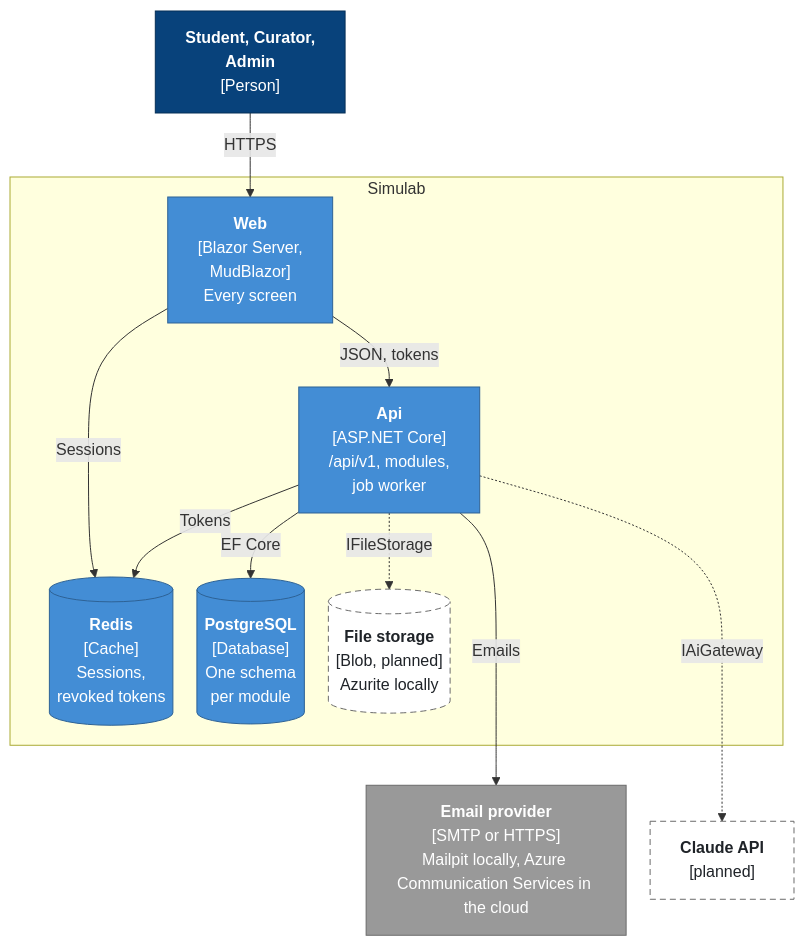
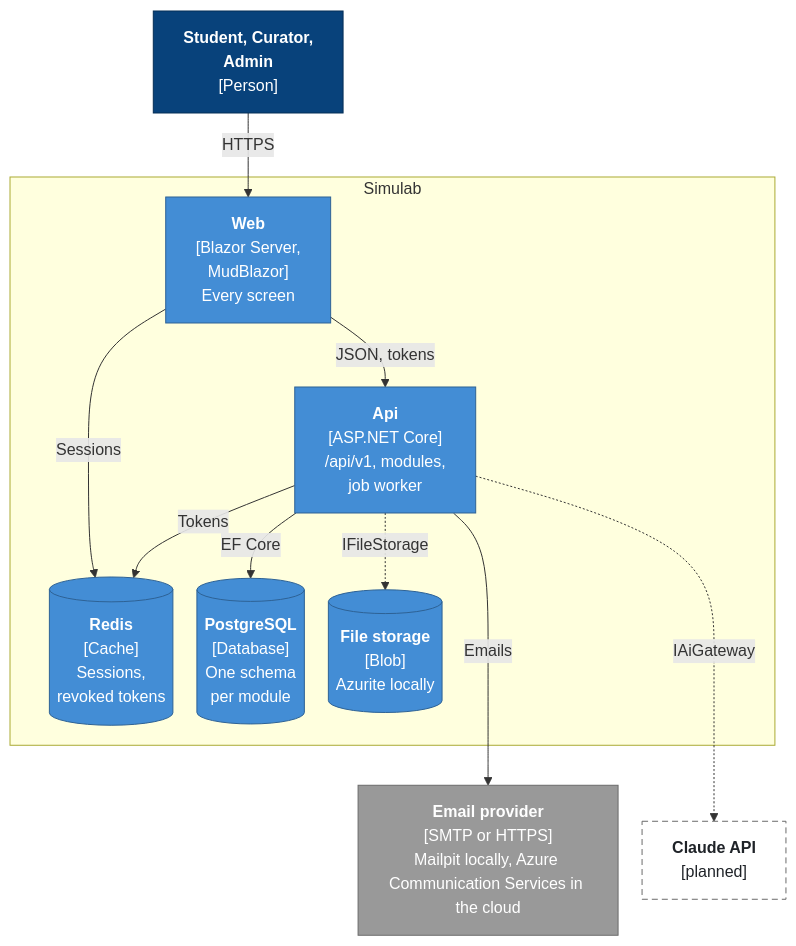
The second of 2 diagrams in docs/architecture-overview.md (alexcanario/simulab), drawn with Mermaid before and after one commit. The commit also changed other lines of this file and 17 other files, not shown here.

Commit message:
feat(F-89): the storage block, Azurite in the app host and a storage account in the cloud

````diff
--- a/docs/architecture-overview.md
+++ b/docs/architecture-overview.md
@@ -42,30 +42,30 @@
 ```mermaid
 %%{init: {"flowchart": {"nodeSpacing": 24, "rankSpacing": 40}}}%%
 flowchart TB
     people["<b>Student, Curator,<br/>Admin</b><br/>[Person]"]
     subgraph simulab["Simulab"]
         web["<b>Web</b><br/>[Blazor Server,<br/>MudBlazor]<br/>Every screen"]
         redis[("<b>Redis</b><br/>[Cache]<br/>Sessions,<br/>revoked tokens")]
         api["<b>Api</b><br/>[ASP.NET Core]<br/>/api/v1, modules,<br/>job worker"]
         postgres[("<b>PostgreSQL</b><br/>[Database]<br/>One schema<br/>per module")]
-        blob[("<b>File storage</b><br/>[Blob, planned]<br/>Azurite locally")]
+        blob[("<b>File storage</b><br/>[Blob]<br/>Azurite locally")]
     end
     mailpit["<b>Email provider</b><br/>[SMTP or HTTPS]<br/>Mailpit locally, Azure Communication Services in the cloud"]
     claude["<b>Claude API</b><br/>[planned]"]
     people -- "HTTPS" --> web
     web -- "JSON, tokens" --> api
     web -- "Sessions" --> redis
     api -- "Tokens" --> redis
     api -- "EF Core" --> postgres
     api -. "IFileStorage" .-> blob
     api -- "Emails" ---> mailpit
     api -. "IAiGateway" ..-> claude
     classDef person fill:#08427b,stroke:#052e56,color:#fff
     classDef container fill:#438dd5,stroke:#2e6295,color:#fff
     classDef external fill:#999999,stroke:#6b6b6b,color:#fff
     classDef planned fill:#fff,stroke:#6b6b6b,color:#1f2328,stroke-dasharray:6 4
     class people person
-    class web,api,postgres,redis container
+    class web,api,postgres,redis,blob container
     class mailpit external
-    class claude,blob planned
+    class claude planned
 ```
````
